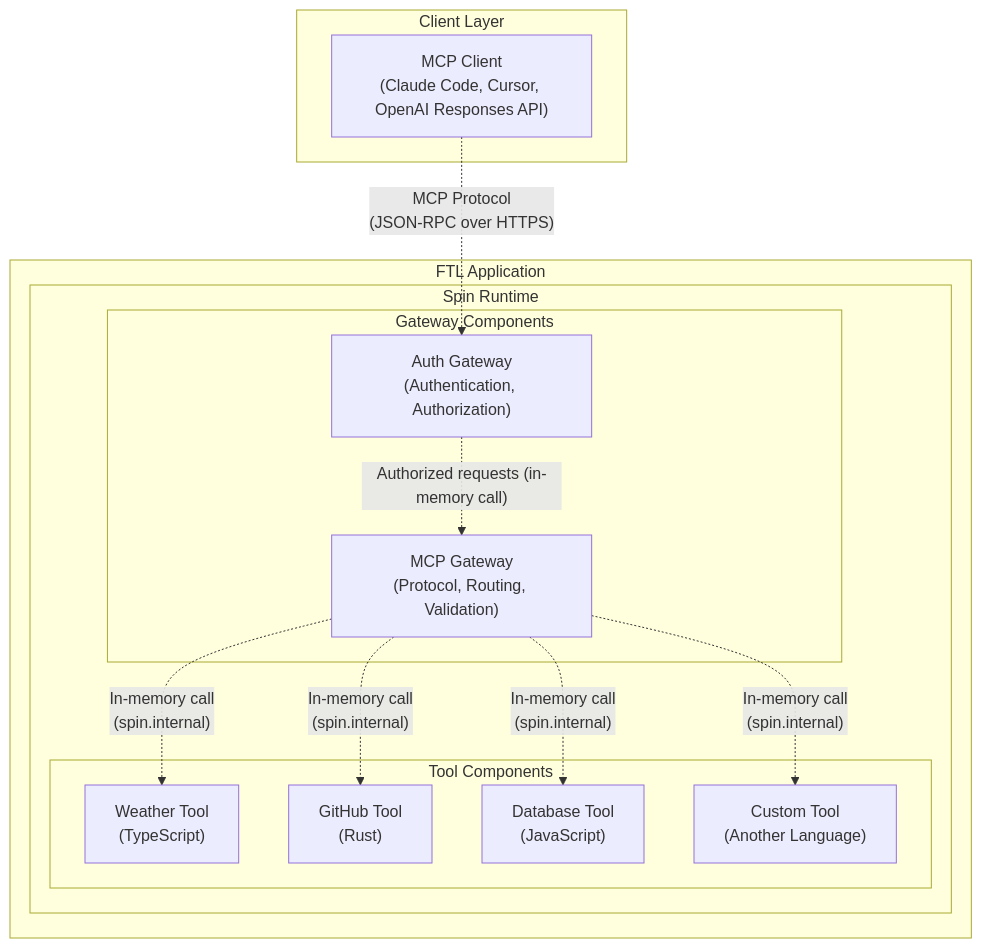
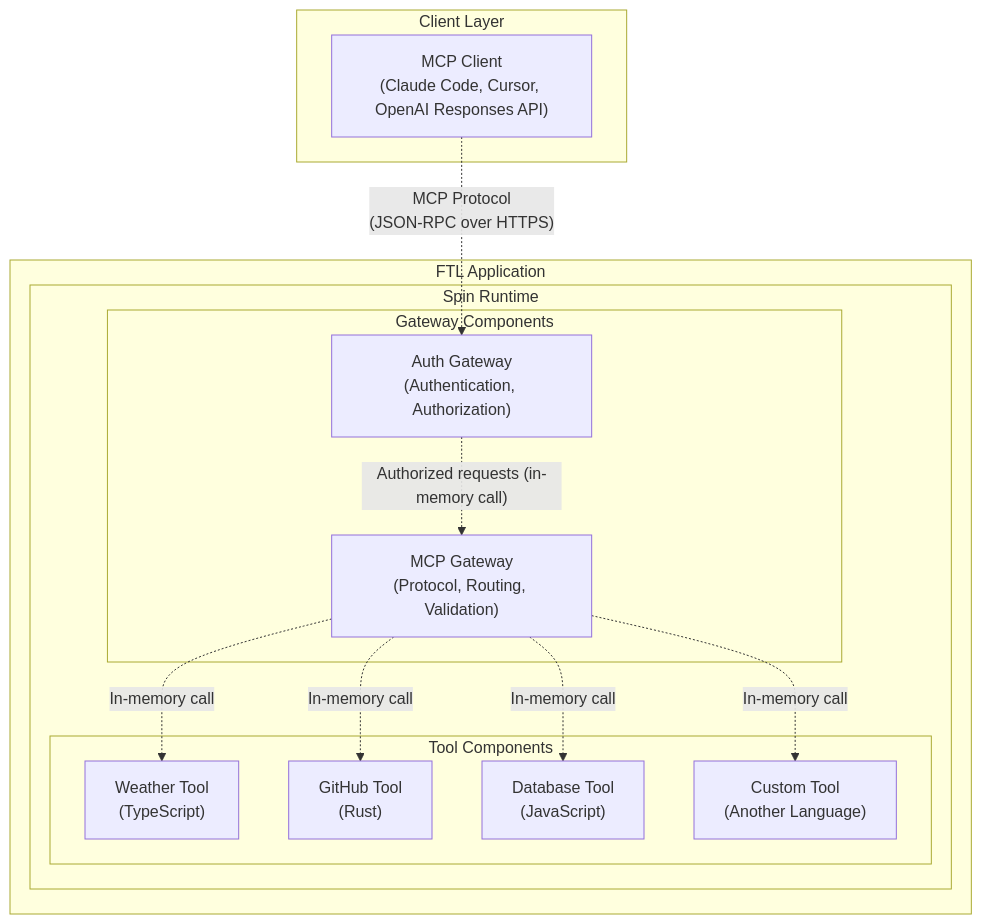
Before and after one commit to fastertools/ftl: the diagram in README.md, drawn with Mermaid.

Commit message:
docs: nit readme

````diff
--- a/README.md
+++ b/README.md
@@ -181,29 +181,29 @@
 ```mermaid
 graph TB
     subgraph "Client Layer"
         Agent["MCP Client<br/>(Claude Code, Cursor, OpenAI Responses API)"]
     end
     
     subgraph "FTL Application" 
         subgraph "Spin Runtime"
             subgraph "Gateway Components"
                 AuthGateway["Auth Gateway<br/>(Authentication, Authorization)"]
                 MCPGateway["MCP Gateway<br/>(Protocol, Routing, Validation)"]
             end
             
             subgraph "Tool Components"
                 Weather["Weather Tool<br/>(TypeScript)"]
                 GitHub["GitHub Tool<br/>(Rust)"]
                 Database["Database Tool<br/>(JavaScript)"]
                 Custom["Custom Tool<br/>(Another Language)"]
             end
         end
     end
     
     Agent -.->|"MCP Protocol<br/>(JSON-RPC over HTTPS)"| AuthGateway
     AuthGateway -.->|"Authorized requests (in-memory call)"| MCPGateway
-    MCPGateway -.->|"In-memory call<br/>(spin.internal)"| Weather
-    MCPGateway -.->|"In-memory call<br/>(spin.internal)"| GitHub
-    MCPGateway -.->|"In-memory call<br/>(spin.internal)"| Database
-    MCPGateway -.->|"In-memory call<br/>(spin.internal)"| Custom
+    MCPGateway -.->|"In-memory call"| Weather
+    MCPGateway -.->|"In-memory call"| GitHub
+    MCPGateway -.->|"In-memory call"| Database
+    MCPGateway -.->|"In-memory call"| Custom
 ```
````
